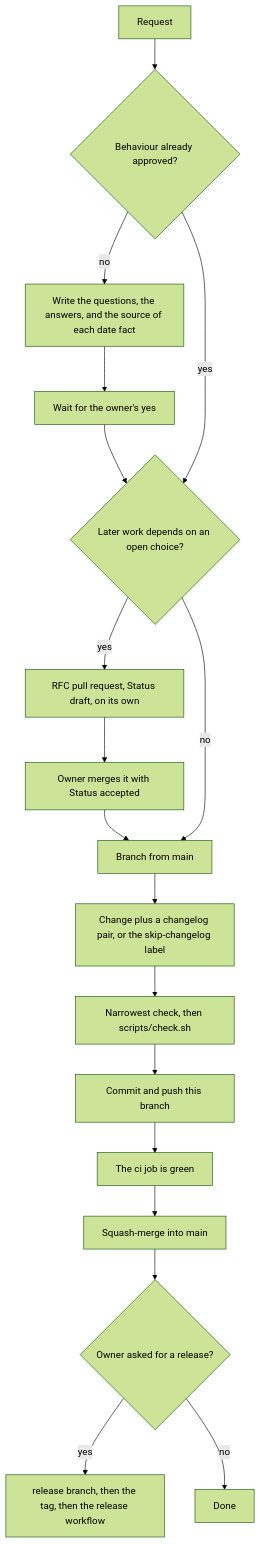
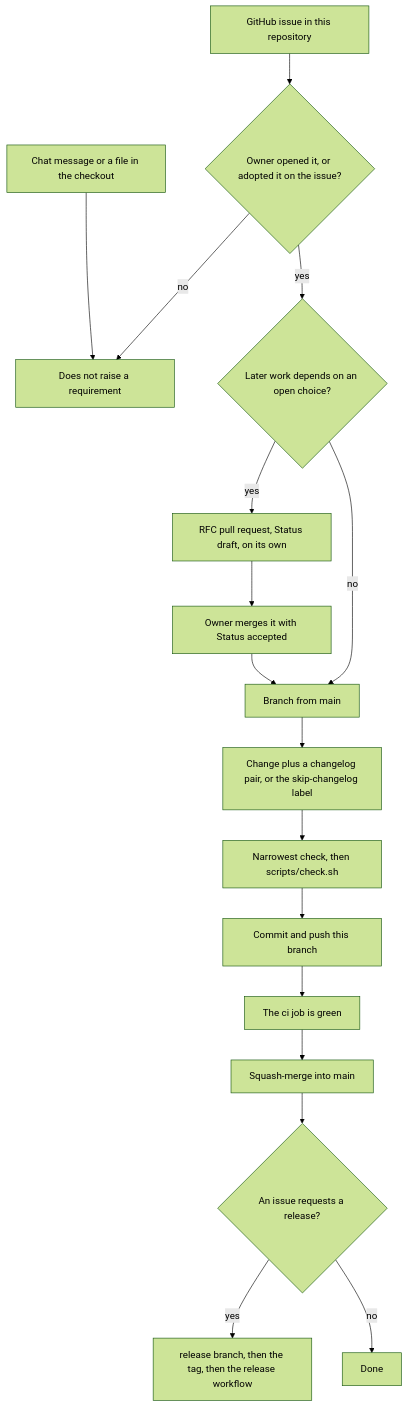
The diagram in AGENTS.md (Staring531/calendo_service), drawn with Mermaid (forest theme) before and after one commit. The commit also changed other lines of this file and 8 other files, not shown here.

First line of the commit message:
docs(docs): take requirements only from GitHub issues

````diff
--- a/AGENTS.md
+++ b/AGENTS.md
@@ -50,20 +50,19 @@
 ```mermaid
 flowchart TD
-  req[Request] --> approved{Behaviour already approved?}
-  approved -->|no| propose[Write the questions, the answers, and the source of each date fact]
-  propose --> wait[Wait for the owner's yes]
-  wait --> depends{Later work depends on an open choice?}
-  approved -->|yes| depends
+  chat[Chat message or a file in the checkout] --> no[Does not raise a requirement]
+  issue[GitHub issue in this repository] --> whose{Owner opened it, or adopted it on the issue?}
+  whose -->|no| no
+  whose -->|yes| depends{Later work depends on an open choice?}
   depends -->|yes| rfc[RFC pull request, Status draft, on its own]
   rfc --> accepted[Owner merges it with Status accepted]
   accepted --> branch[Branch from main]
   depends -->|no| branch
   branch --> change[Change plus a changelog pair, or the skip-changelog label]
   change --> verify[Narrowest check, then scripts/check.sh]
   verify --> ship[Commit and push this branch]
   ship --> green[The ci job is green]
   green --> merge[Squash-merge into main]
-  merge --> rel{Owner asked for a release?}
+  merge --> rel{An issue requests a release?}
   rel -->|yes| tag[release branch, then the tag, then the release workflow]
   rel -->|no| done[Done]
 ```
````
